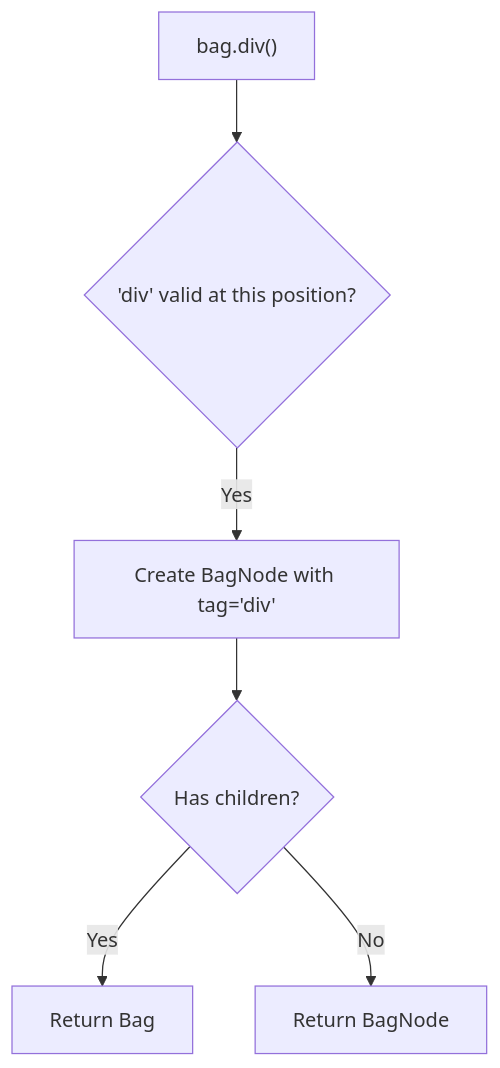
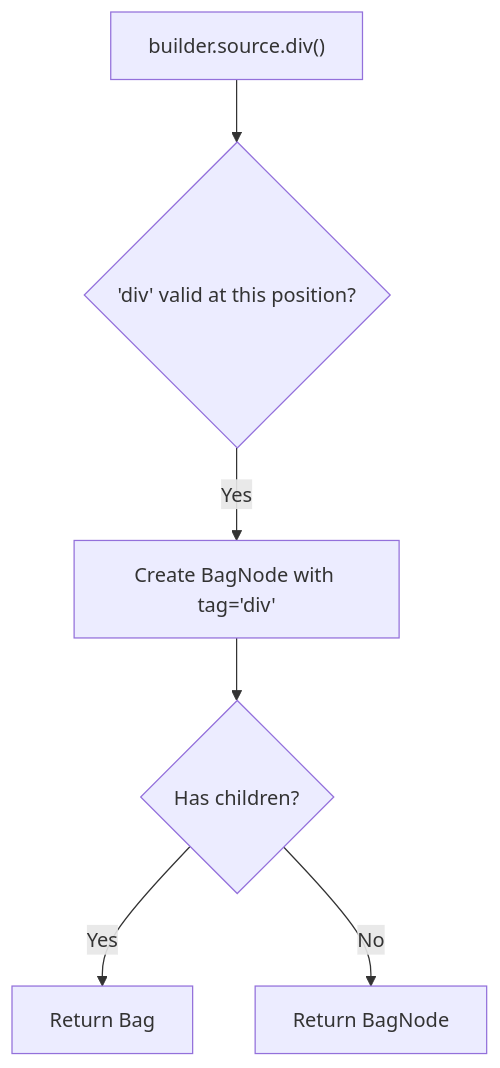
One commit to genropy/genro-builders changed the second of 3 diagrams in docs/builders/architecture.md. Above: the diagram before and after it, drawn with Mermaid. The commit also changed other lines of this file and 9 other files, not shown here.

````diff
--- a/docs/builders/architecture.md
+++ b/docs/builders/architecture.md
@@ -16,8 +17,8 @@
 ```{mermaid}
 flowchart TB
-    A["bag.div()"] --> B{"'div' valid at this position?"}
+    A["builder.source.div()"] --> B{"'div' valid at this position?"}
     B -->|Yes| C["Create BagNode with tag='div'"]
     C --> D{Has children?}
     D -->|Yes| E[Return Bag]
     D -->|No| F[Return BagNode]
 ```
````
